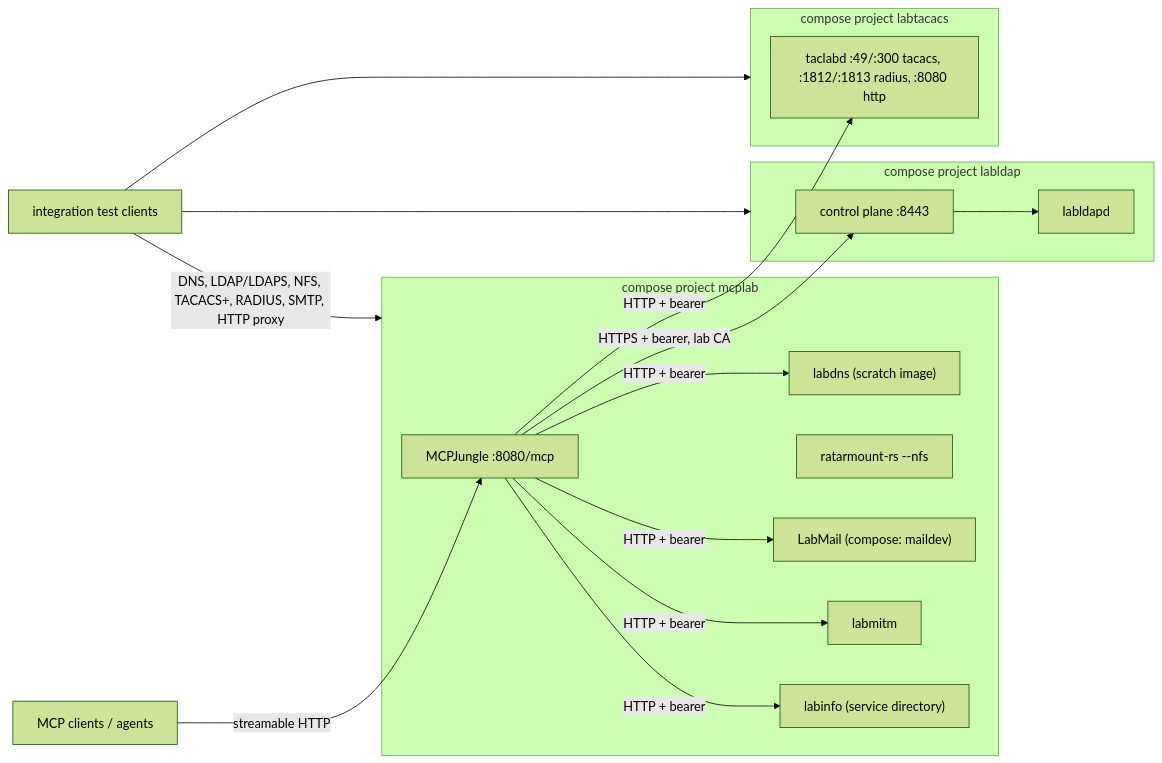
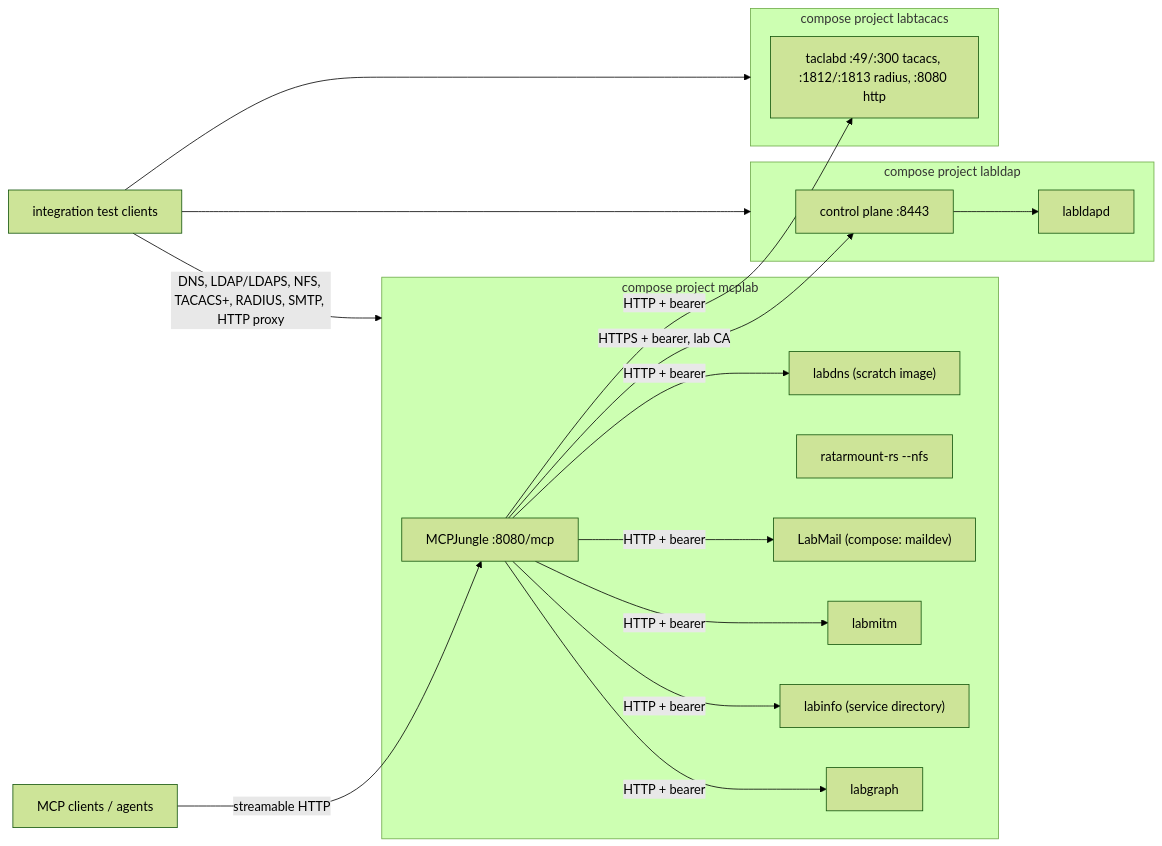
Before and after one commit to hilather/mcp-integration-lab: the diagram in docs/architecture.md, drawn with Mermaid (forest theme). The commit also changed other lines of this file and 72 other files, not shown here.

````diff
--- a/docs/architecture.md
+++ b/docs/architecture.md
@@ -80,29 +81,31 @@
 ```mermaid
 flowchart LR
   Agents[MCP clients / agents] -->|streamable HTTP| Jungle["MCPJungle :8080/mcp"]
   subgraph mcplab [compose project mcplab]
     Jungle
     DNS["labdns (scratch image)"]
     NFS["ratarmount-rs --nfs"]
     Mail["LabMail (compose: maildev)"]
     MITM["labmitm"]
     Info["labinfo (service directory)"]
+    Graph["labgraph"]
   end
   subgraph labldap [compose project labldap]
     Control["control plane :8443"]
     Dir["labldapd"]
   end
   subgraph labtacacs [compose project labtacacs]
     Taclab["taclabd :49/:300 tacacs, :1812/:1813 radius, :8080 http"]
   end
   Jungle -->|"HTTP + bearer"| DNS
   Jungle -->|"HTTP + bearer"| Info
   Jungle -->|"HTTPS + bearer, lab CA"| Control
   Jungle -->|"HTTP + bearer"| Taclab
   Jungle -->|"HTTP + bearer"| Mail
   Jungle -->|"HTTP + bearer"| MITM
+  Jungle -->|"HTTP + bearer"| Graph
   Control --> Dir
   Testers[integration test clients] -->|"DNS, LDAP/LDAPS, NFS, TACACS+, RADIUS, SMTP, HTTP proxy"| mcplab
   Testers --> labldap
   Testers --> labtacacs
 ```
````
